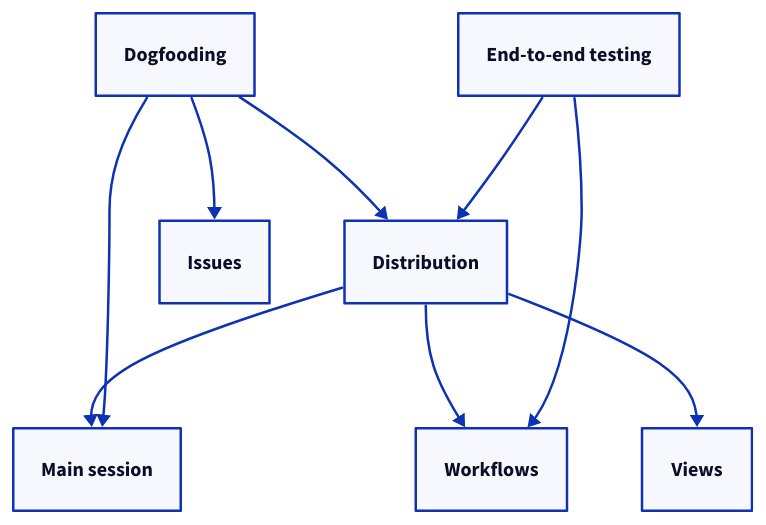
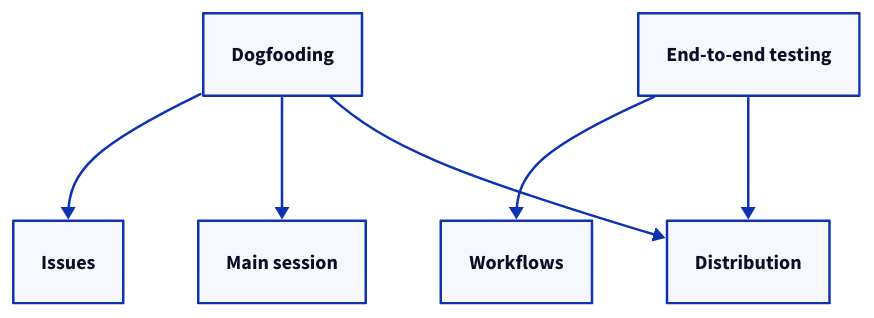
The fifth of 5 diagrams in specs/concorde/module.md (FTOD/concorde), drawn with D2 before and after one commit. The commit also changed other lines of this file and 29 other files, not shown here.

````diff
--- a/specs/concorde/module.md
+++ b/specs/concorde/module.md
@@ -475,17 +575,13 @@
 ```d2
 distribution: Distribution
 dogfooding: Dogfooding
 e2e: End-to-end testing
 main: Main session
 workflows: Workflows
-views: Views
 issues: Issues
-distribution -> main
-distribution -> workflows
-distribution -> views
 dogfooding -> distribution
 dogfooding -> main
 dogfooding -> issues
 e2e -> distribution
 e2e -> workflows
 ```
````
